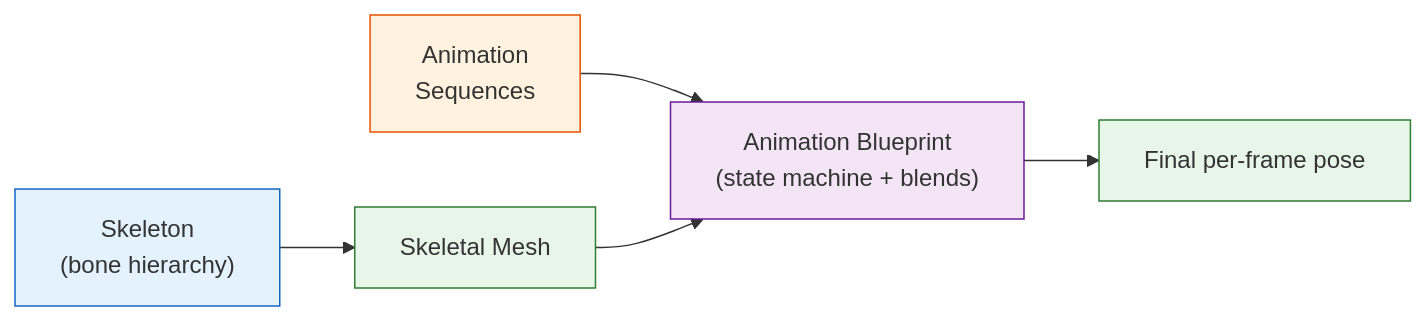
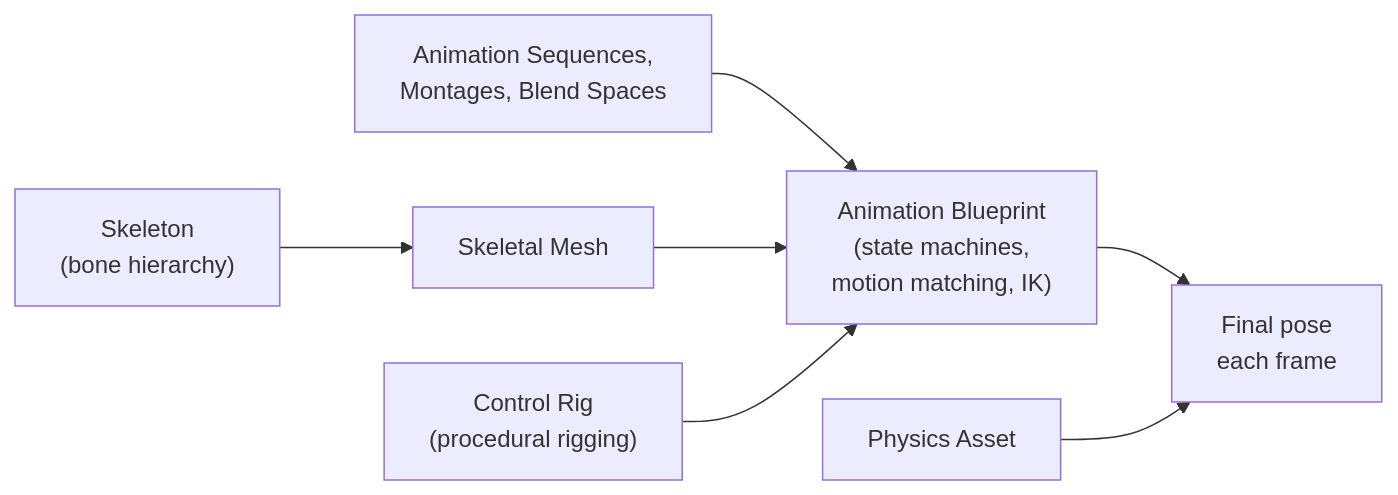
Before and after one commit to AndrewAltimit/Documentation: the sixth of 6 diagrams in github-pages/docs/technology/unreal.md, drawn with Mermaid. The commit also changed other lines of this file and 240 other files, not shown here.

````diff
--- a/github-pages/docs/technology/unreal.md
+++ b/github-pages/docs/technology/unreal.md
@@ -278,12 +419,9 @@
 ```mermaid
 flowchart LR
     Skel["Skeleton<br/>(bone hierarchy)"] --> Mesh["Skeletal Mesh"]
-    Anims["Animation<br/>Sequences"] --> ABP["Animation Blueprint<br/>(state machine + blends)"]
+    Anims["Animation Sequences,<br/>Montages, Blend Spaces"] --> ABP["Animation Blueprint<br/>(state machines,<br/>motion matching, IK)"]
     Mesh --> ABP
-    ABP --> Pose["Final per-frame pose"]
-    style Skel fill:#e3f2fd,stroke:#1565c0
-    style Mesh fill:#e8f5e9,stroke:#2e7d32
-    style Anims fill:#fff3e0,stroke:#e65100
-    style ABP fill:#f3e5f5,stroke:#6a1b9a
-    style Pose fill:#e8f5e9,stroke:#2e7d32
+    CR["Control Rig<br/>(procedural rigging)"] --> ABP
+    ABP --> Pose["Final pose<br/>each frame"]
+    PA["Physics Asset"] --> Pose
 ```
````
